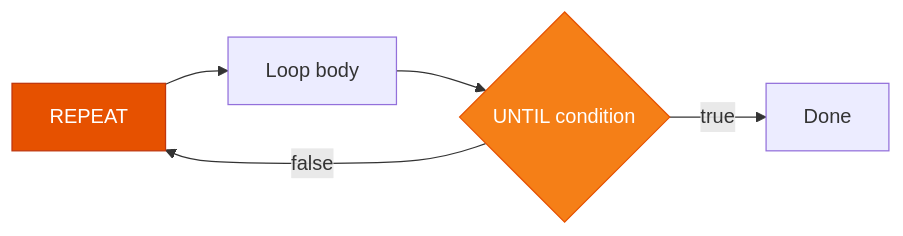
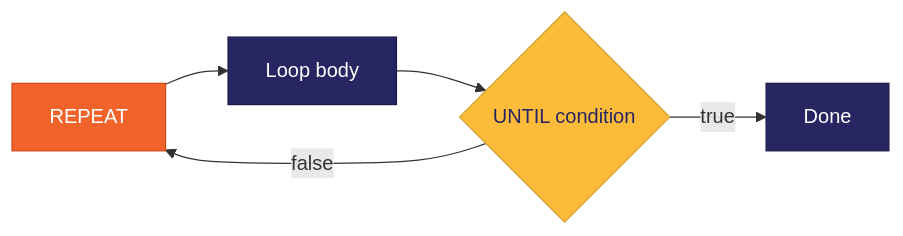
One commit to FoenixRetro/f256-superbasic changed the fourth of 4 diagrams in sphinx-docs/guide/structured_programming.md. Above: the diagram before and after it, drawn with Mermaid. The commit also changed other lines of this file and 13 other files, not shown here.

````diff
--- a/sphinx-docs/guide/structured_programming.md
+++ b/sphinx-docs/guide/structured_programming.md
@@ -282,9 +284,10 @@
 ```{mermaid}
 flowchart LR
-    REPEAT["REPEAT"] --> BODY["Loop body"] --> TEST{"UNTIL condition"}
+    classDef primary fill:#272662,color:#fff,stroke:#1a1a4a
+    classDef secondary fill:#F1632B,color:#fff,stroke:#d14a1a
+    classDef highlight fill:#FDBB3A,color:#272662,stroke:#d4a030
+
+    REPEAT["REPEAT"]:::secondary --> BODY["Loop body"]:::primary --> TEST{"UNTIL condition"}:::highlight
     TEST -->|false| REPEAT
-    TEST -->|true| DONE["Done"]
-
-    style REPEAT fill:#e65100,color:#fff,stroke:#bf360c
-    style TEST fill:#f57f17,color:#fff,stroke:#e65100
+    TEST -->|true| DONE["Done"]:::primary
 ```
````
